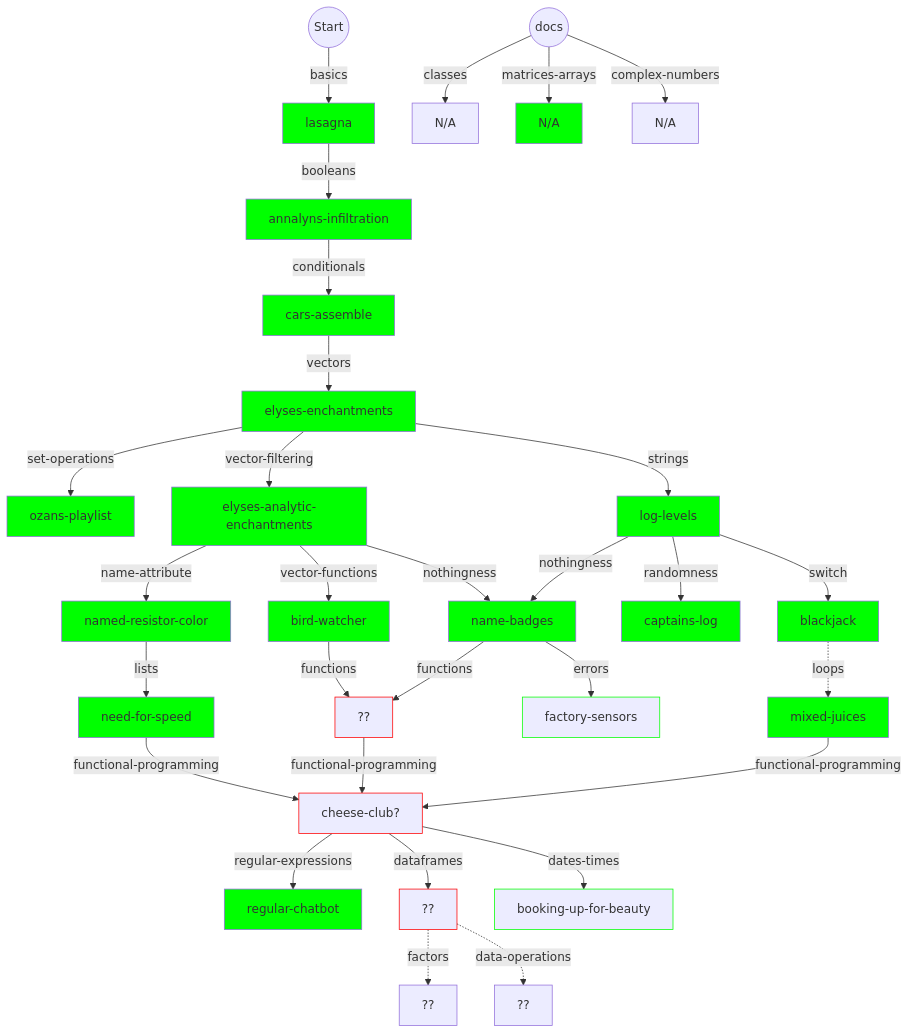
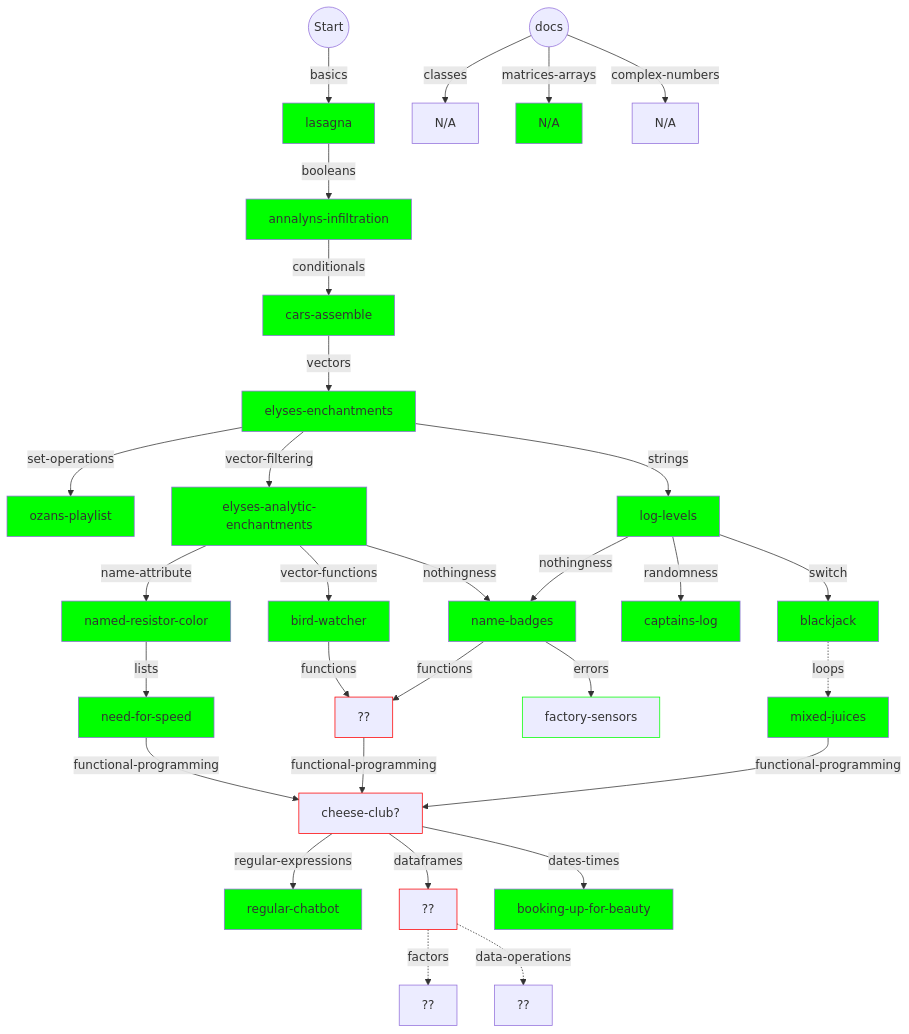
Before and after one commit to colinleach/learning-track-doodles: the first of 2 diagrams in r/flowchart.md, drawn with Mermaid.

Commit message:
flowchart

````diff
--- a/r/flowchart.md
+++ b/r/flowchart.md
@@ -10,79 +10,79 @@
 ```mermaid
 graph TD
     
 start(("Start")) --basics--> basics["lasagna"]
 style basics fill:#0f0
 
 basics --booleans--> booleans["annalyns-infiltration"]
 style booleans fill:#0f0
 
 booleans --conditionals--> conditionals["cars-assemble"]
 style conditionals fill:#0f0
 
 conditionals --vectors--> vectors["elyses-enchantments"]
 style vectors fill:#0f0
 
 switch -.loops.-> loops["mixed-juices"]
 style loops fill:#0f0
 
 vectors --set-operations--> set-operations["ozans-playlist"]
 style set-operations fill:#0f0
 
 name-attribute --lists--> lists["need-for-speed"]
 style lists fill:#0f0
 
 vectors --vector-filtering--> vector-filtering["elyses-analytic-enchantments"]
 style vector-filtering fill:#0f0
 
 vector-filtering --name-attribute--> name-attribute["named-resistor-color"]
 style name-attribute fill:#0f0
 
 vector-filtering --vector-functions--> vector-functions["bird-watcher"]
 style vector-functions fill:#0f0
 
 vectors --strings--> strings["log-levels"]
 style strings fill:#0f0
 
 vector-filtering --nothingness--> nothingness["name-badges"]
 strings --nothingness--> nothingness["name-badges"]
 style nothingness fill:#0f0
 
 strings --randomness--> randomness["captains-log"]
 style randomness fill:#0f0
 
 functional-programming --regular-expressions--> regular-expressions["regular-chatbot"]
 style regular-expressions fill:#0f0
 
 strings --switch--> switch["blackjack"]
 style switch fill:#0f0
 
 lists --functional-programming--> functional-programming["cheese-club?"]
 functions --functional-programming--> functional-programming["cheese-club?"]
 loops --functional-programming--> functional-programming["cheese-club?"]
 style functional-programming stroke:#f00
 
 functional-programming --dataframes--> dataframes["??"]
 style dataframes stroke:#f00
 
 dataframes -.factors.-> factors["??"]
 
 dataframes -.data-operations.-> data-operations["??"]
 
 functional-programming --dates-times--> dates-times["booking-up-for-beauty"]
-style dates-times stroke:#0f0
+style dates-times fill:#0f0
 
 vector-functions --functions--> functions["??"]
 nothingness --functions--> functions["??"]
 style functions stroke:#f00
 
 nothingness --errors--> errors["factory-sensors "]
 style errors stroke:#0f0
 
 unattached(("docs")) --classes--> classes["N/A"]
 
 unattached --matrices-arrays--> matrices-arrays["N/A"]
 style matrices-arrays fill:#0f0
 
 unattached --complex-numbers--> complex-numbers["N/A"]
 
 ```
````
